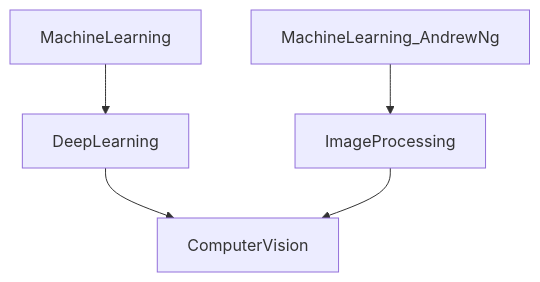
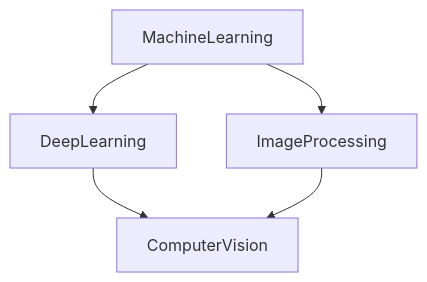
Before and after one commit to NourEldinMoustafa/NourEldinMoustafa: the diagram in README.md, drawn with Mermaid.

````diff
--- a/README.md
+++ b/README.md
@@ -14,8 +14,8 @@
 ```mermaid
 graph TD;
     MachineLearning--> DeepLearning ;
-    MachineLearning_AndrewNg--> ImageProcessing ;
+    MachineLearning--> ImageProcessing ;
     DeepLearning--> ComputerVision ;
     ImageProcessing--> ComputerVision ;
 
 ```
````
